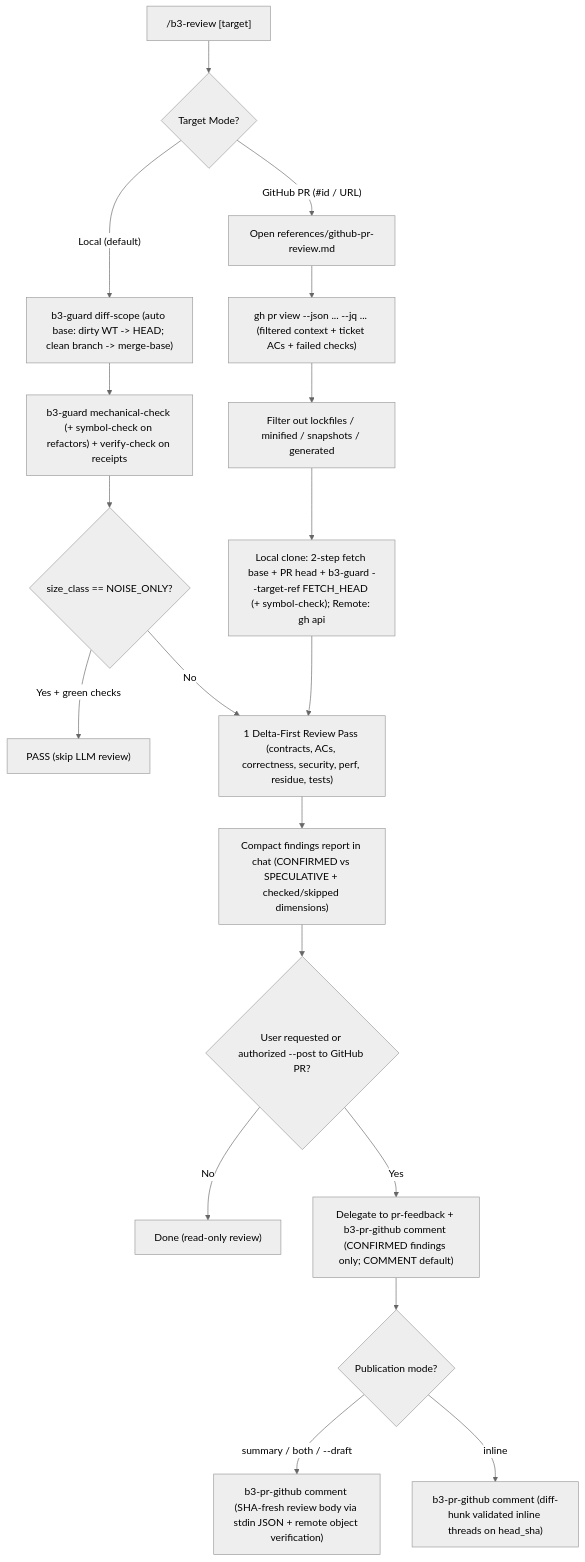
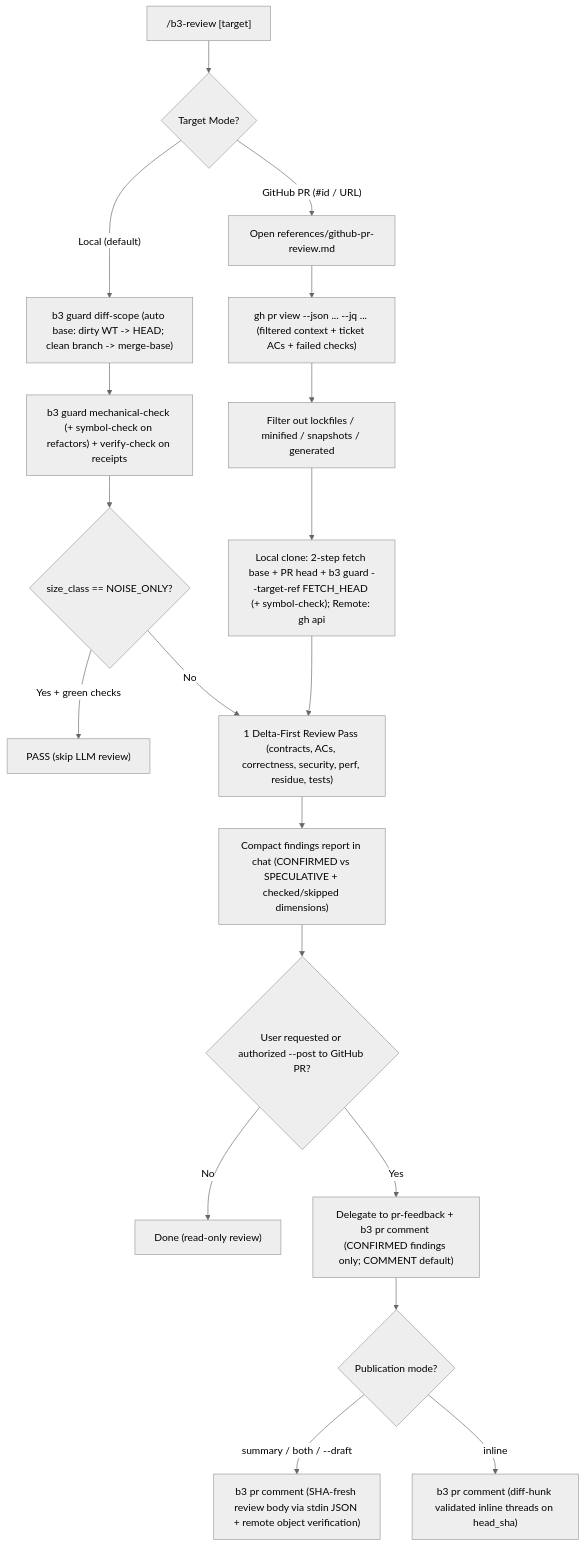
Before and after one commit to hptbee/b3_ai-engineering: the fourth of 5 diagrams in docs/ship-and-review-guide.md, drawn with Mermaid (neutral theme). The commit also changed other lines of this file and 86 other files, not shown here.

````diff
--- a/docs/ship-and-review-guide.md
+++ b/docs/ship-and-review-guide.md
@@ -166,24 +166,24 @@
 ```mermaid
 flowchart TD
     Inv["/b3-review [target]"] --> Mode{"Target Mode?"}
 
-    Mode -->|"Local (default)"| AutoBase["b3-guard diff-scope (auto base: dirty WT -> HEAD; clean branch -> merge-base)"]
-    AutoBase --> LocalMech["b3-guard mechanical-check (+ symbol-check on refactors) + verify-check on receipts"]
+    Mode -->|"Local (default)"| AutoBase["b3 guard diff-scope (auto base: dirty WT -> HEAD; clean branch -> merge-base)"]
+    AutoBase --> LocalMech["b3 guard mechanical-check (+ symbol-check on refactors) + verify-check on receipts"]
     LocalMech --> LocalNoise{"size_class == NOISE_ONLY?"}
     LocalNoise -->|"Yes + green checks"| LocalPass["PASS (skip LLM review)"]
     LocalNoise -->|"No"| ReviewPass["1 Delta-First Review Pass (contracts, ACs, correctness, security, perf, residue, tests)"]
 
     Mode -->|"GitHub PR (#id / URL)"| LoadRef["Open references/github-pr-review.md"]
     LoadRef --> PrMeta["gh pr view --json ... --jq ... (filtered context + ticket ACs + failed checks)"]
     PrMeta --> FilterNoise["Filter out lockfiles / minified / snapshots / generated"]
-    FilterNoise --> FetchDiff["Local clone: 2-step fetch base + PR head + b3-guard --target-ref FETCH_HEAD (+ symbol-check); Remote: gh api"]
+    FilterNoise --> FetchDiff["Local clone: 2-step fetch base + PR head + b3 guard --target-ref FETCH_HEAD (+ symbol-check); Remote: gh api"]
     FetchDiff --> ReviewPass
 
     ReviewPass --> ChatReport["Compact findings report in chat (CONFIRMED vs SPECULATIVE + checked/skipped dimensions)"]
     ChatReport --> PostGate{"User requested or authorized --post to GitHub PR?"}
     PostGate -->|"No"| Done["Done (read-only review)"]
-    PostGate -->|"Yes"| SignalGate["Delegate to pr-feedback + b3-pr-github comment (CONFIRMED findings only; COMMENT default)"]
+    PostGate -->|"Yes"| SignalGate["Delegate to pr-feedback + b3 pr comment (CONFIRMED findings only; COMMENT default)"]
     SignalGate --> PostType{"Publication mode?"}
-    PostType -->|"summary / both / --draft"| SummaryCmd["b3-pr-github comment (SHA-fresh review body via stdin JSON + remote object verification)"]
-    PostType -->|"inline"| InlineCmd["b3-pr-github comment (diff-hunk validated inline threads on head_sha)"]
+    PostType -->|"summary / both / --draft"| SummaryCmd["b3 pr comment (SHA-fresh review body via stdin JSON + remote object verification)"]
+    PostType -->|"inline"| InlineCmd["b3 pr comment (diff-hunk validated inline threads on head_sha)"]
 ```
````
